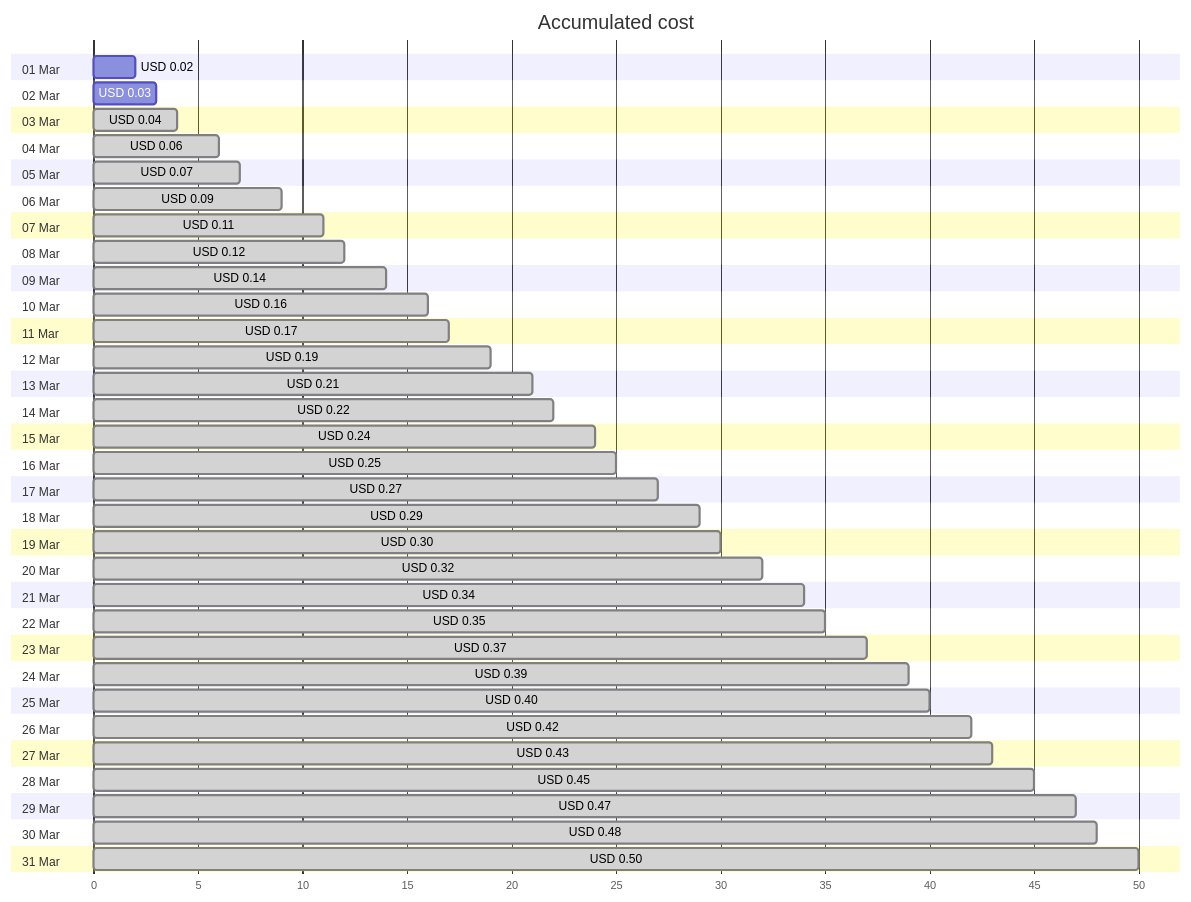
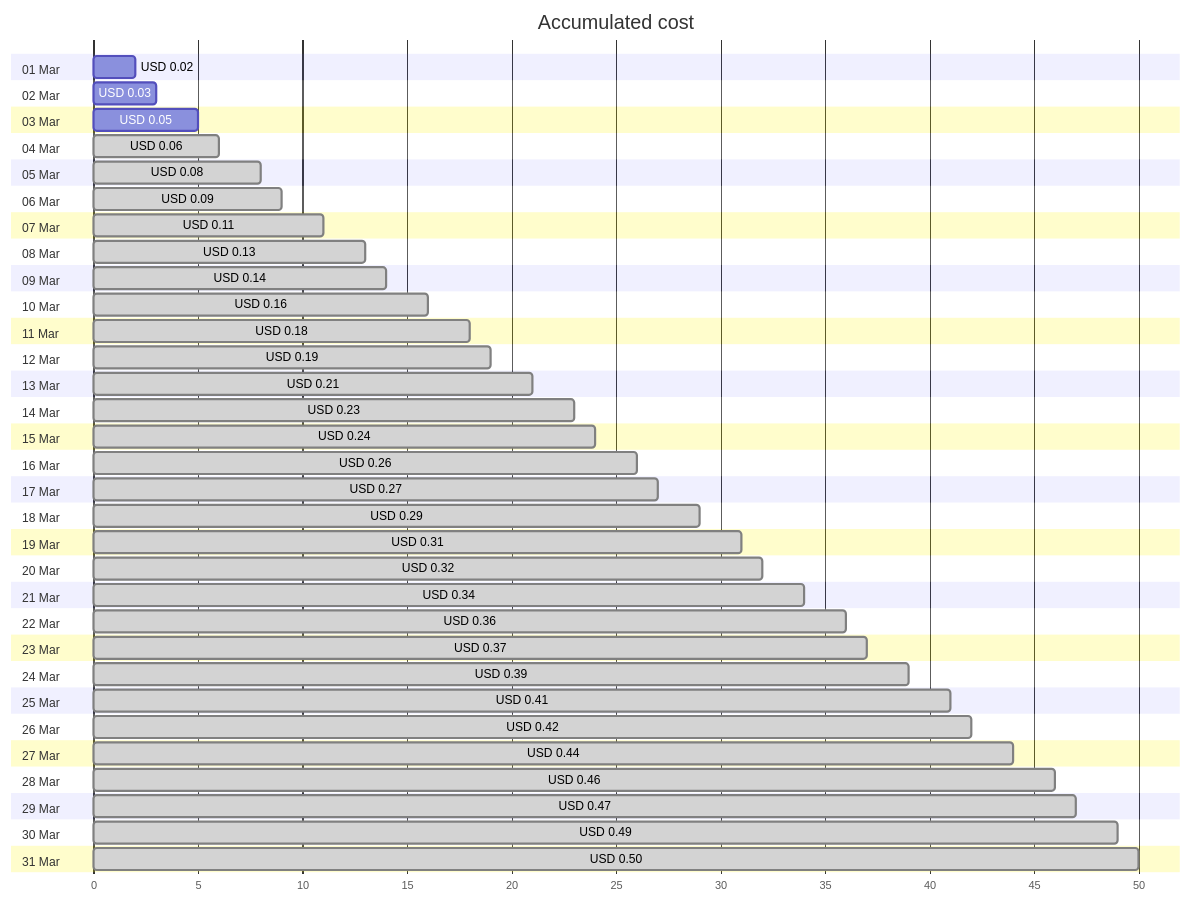
One commit to jpfulton/azure-personal-reports changed the first of 4 diagrams in cost-reports/personal-dns/jpatrickfulton.com.md. Above: the diagram before and after it, drawn with Mermaid. The commit also changed other lines of this file and 2 other files, not shown here.

Commit message:
Generated reports [skip ci]

````diff
--- a/cost-reports/personal-dns/jpatrickfulton.com.md
+++ b/cost-reports/personal-dns/jpatrickfulton.com.md
@@ -20,68 +20,68 @@
 ```mermaid
 gantt
    title Accumulated cost
    dateFormat  X
    axisFormat %s
    section 01 Mar
    USD 0.02 :0, 2
    section 02 Mar
    USD 0.03 :0, 3
    section 03 Mar
-   USD 0.04 : done, 0, 4
+   USD 0.05 :0, 5
    section 04 Mar
    USD 0.06 : done, 0, 6
    section 05 Mar
-   USD 0.07 : done, 0, 7
+   USD 0.08 : done, 0, 8
    section 06 Mar
    USD 0.09 : done, 0, 9
    section 07 Mar
    USD 0.11 : done, 0, 11
    section 08 Mar
-   USD 0.12 : done, 0, 12
+   USD 0.13 : done, 0, 13
    section 09 Mar
    USD 0.14 : done, 0, 14
    section 10 Mar
    USD 0.16 : done, 0, 16
    section 11 Mar
-   USD 0.17 : done, 0, 17
+   USD 0.18 : done, 0, 18
    section 12 Mar
    USD 0.19 : done, 0, 19
    section 13 Mar
    USD 0.21 : done, 0, 21
    section 14 Mar
-   USD 0.22 : done, 0, 22
+   USD 0.23 : done, 0, 23
    section 15 Mar
    USD 0.24 : done, 0, 24
    section 16 Mar
-   USD 0.25 : done, 0, 25
+   USD 0.26 : done, 0, 26
    section 17 Mar
    USD 0.27 : done, 0, 27
    section 18 Mar
    USD 0.29 : done, 0, 29
    section 19 Mar
-   USD 0.30 : done, 0, 30
+   USD 0.31 : done, 0, 31
    section 20 Mar
    USD 0.32 : done, 0, 32
    section 21 Mar
    USD 0.34 : done, 0, 34
    section 22 Mar
-   USD 0.35 : done, 0, 35
+   USD 0.36 : done, 0, 36
    section 23 Mar
    USD 0.37 : done, 0, 37
    section 24 Mar
    USD 0.39 : done, 0, 39
    section 25 Mar
-   USD 0.40 : done, 0, 40
+   USD 0.41 : done, 0, 41
    section 26 Mar
    USD 0.42 : done, 0, 42
    section 27 Mar
-   USD 0.43 : done, 0, 43
+   USD 0.44 : done, 0, 44
    section 28 Mar
-   USD 0.45 : done, 0, 45
+   USD 0.46 : done, 0, 46
    section 29 Mar
    USD 0.47 : done, 0, 47
    section 30 Mar
-   USD 0.48 : done, 0, 48
+   USD 0.49 : done, 0, 49
    section 31 Mar
    USD 0.50 : done, 0, 50
 ```
````
